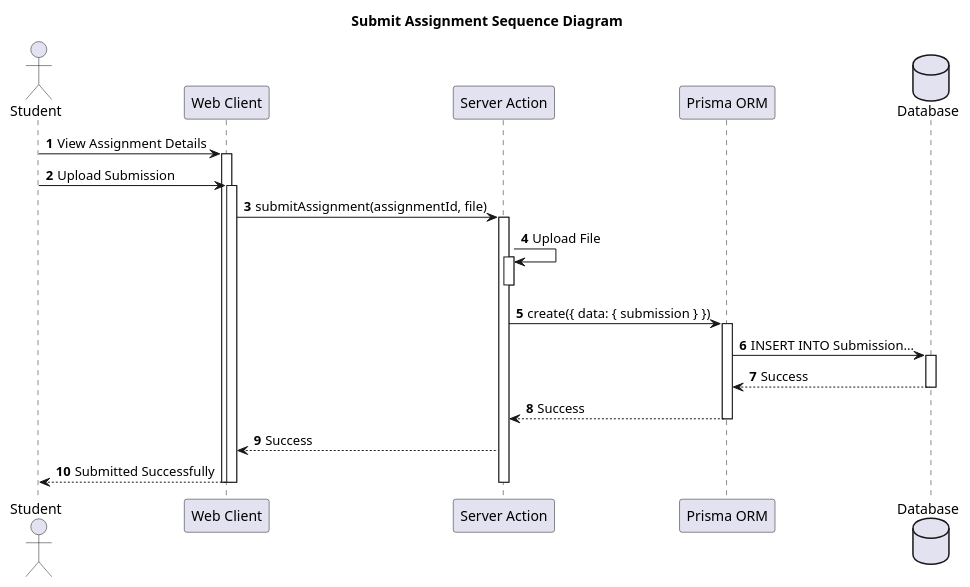
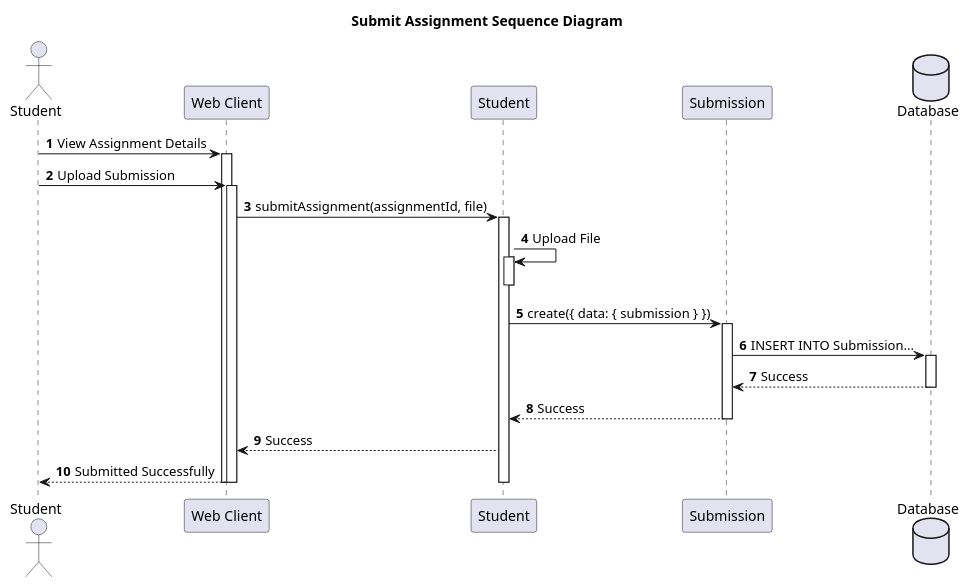
The diagram in design-summary/sequence-diagram/sequence-diagram-student-submit-assignment.puml (rafifgpt21-ai/jalms), drawn with PlantUML before and after one commit. The commit also changed 36 other files, not shown here.

```diff
--- a/design-summary/sequence-diagram/sequence-diagram-student-submit-assignment.puml
+++ b/design-summary/sequence-diagram/sequence-diagram-student-submit-assignment.puml
@@ -1,34 +1,34 @@
 @startuml
 title Submit Assignment Sequence Diagram
 autonumber
 
 actor "Student" as Student
-participant "Web Client" as UI
-participant "Server Action" as Action
-participant "Prisma ORM" as Prisma
-database "Database" as DB
+participant "Web Client" as Client
+participant "Student" as StudentClass
+participant "Submission" as Submission
+database "Database" as Database
 
-Student -> UI: View Assignment Details
-activate UI
-Student -> UI: Upload Submission
-activate UI
-UI -> Action: submitAssignment(assignmentId, file)
-activate Action
-Action -> Action: Upload File
-activate Action
-deactivate Action
-Action -> Prisma: create({ data: { submission } })
-activate Prisma
-Prisma -> DB: INSERT INTO Submission...
-activate DB
-DB --> Prisma: Success
-deactivate DB
-Prisma --> Action: Success
-deactivate Prisma
-Action --> UI: Success
-UI --> Student: Submitted Successfully
-deactivate Action
-deactivate UI
-deactivate UI
+Student -> Client: View Assignment Details
+activate Client
+Student -> Client: Upload Submission
+activate Client
+Client -> StudentClass: submitAssignment(assignmentId, file)
+activate StudentClass
+StudentClass -> StudentClass: Upload File
+activate StudentClass
+deactivate StudentClass
+StudentClass -> Submission: create({ data: { submission } })
+activate Submission
+Submission -> Database: INSERT INTO Submission...
+activate Database
+Database --> Submission: Success
+deactivate Database
+Submission --> StudentClass: Success
+deactivate Submission
+StudentClass --> Client: Success
+Client --> Student: Submitted Successfully
+deactivate StudentClass
+deactivate Client
+deactivate Client
 
 @enduml
```
